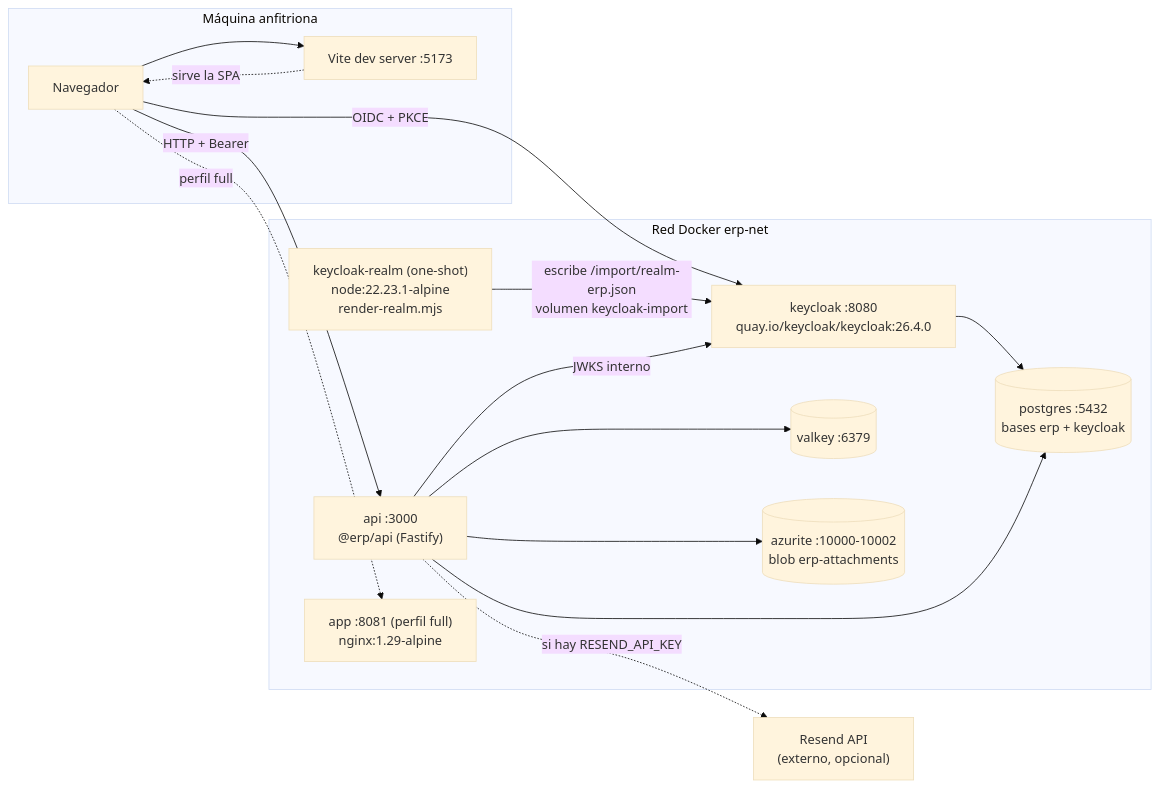
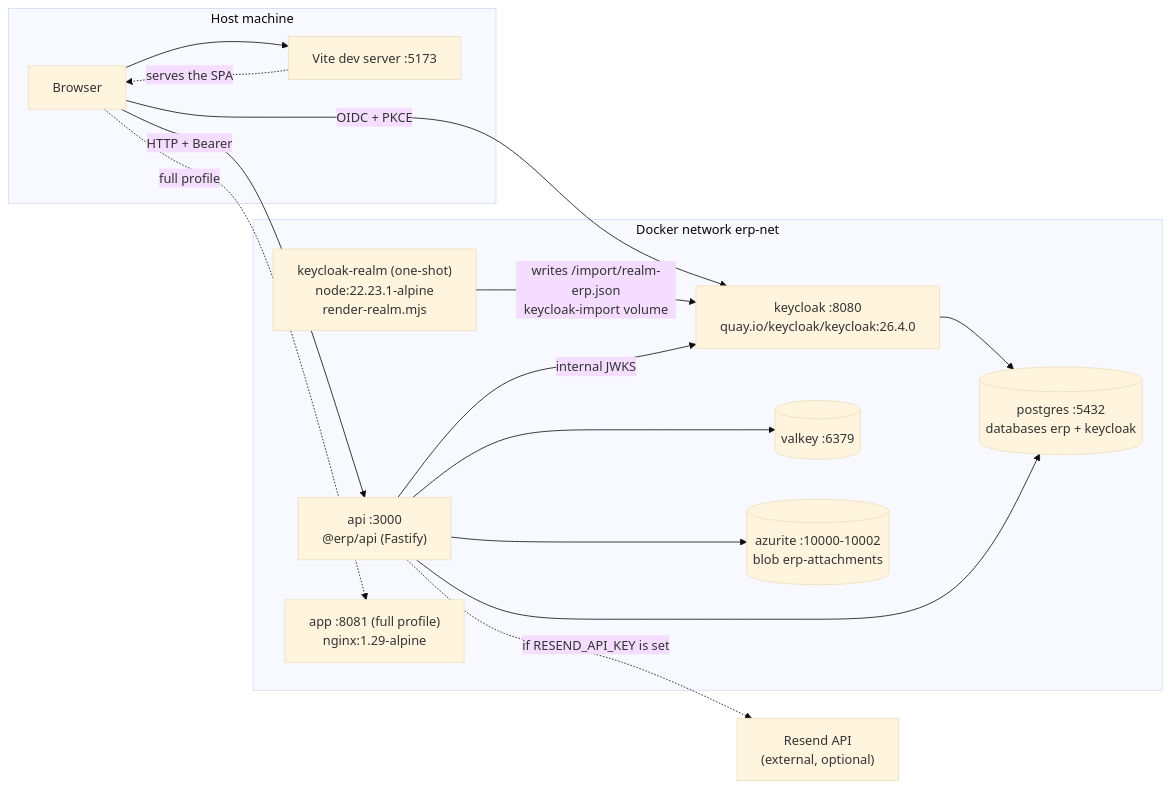
Before and after one commit to mapineda48/clavis: the second of 2 diagrams in README.md, drawn with Mermaid (base theme). The commit also changed other lines of this file and 108 other files, not shown here.

````diff
--- a/README.md
+++ b/README.md
@@ -328,32 +349,32 @@
 ```mermaid
 flowchart LR
-    subgraph host["Máquina anfitriona"]
-        BROWSER["Navegador"]
+    subgraph host["Host machine"]
+        BROWSER["Browser"]
         VITE["Vite dev server :5173"]
     end
 
-    subgraph net["Red Docker erp-net"]
+    subgraph net["Docker network erp-net"]
         KCR["keycloak-realm (one-shot)<br/>node:22.23.1-alpine<br/>render-realm.mjs"]
         KC["keycloak :8080<br/>quay.io/keycloak/keycloak:26.4.0"]
         API["api :3000<br/>@erp/api (Fastify)"]
-        PG[("postgres :5432<br/>bases erp + keycloak")]
+        PG[("postgres :5432<br/>databases erp + keycloak")]
         VK[("valkey :6379")]
         AZ[("azurite :10000-10002<br/>blob erp-attachments")]
-        NGX["app :8081 (perfil full)<br/>nginx:1.29-alpine"]
+        NGX["app :8081 (full profile)<br/>nginx:1.29-alpine"]
     end
 
-    RESEND["Resend API<br/>(externo, opcional)"]
+    RESEND["Resend API<br/>(external, optional)"]
 
     BROWSER -->|"OIDC + PKCE"| KC
     BROWSER -->|"HTTP + Bearer"| API
     BROWSER --> VITE
-    BROWSER -.->|"perfil full"| NGX
-    VITE -.->|"sirve la SPA"| BROWSER
-    KCR -->|"escribe /import/realm-erp.json<br/>volumen keycloak-import"| KC
+    BROWSER -.->|"full profile"| NGX
+    VITE -.->|"serves the SPA"| BROWSER
+    KCR -->|"writes /import/realm-erp.json<br/>keycloak-import volume"| KC
     KC --> PG
-    API -->|"JWKS interno"| KC
+    API -->|"internal JWKS"| KC
     API --> PG
     API --> VK
     API --> AZ
-    API -.->|"si hay RESEND_API_KEY"| RESEND
+    API -.->|"if RESEND_API_KEY is set"| RESEND
 ```
````
